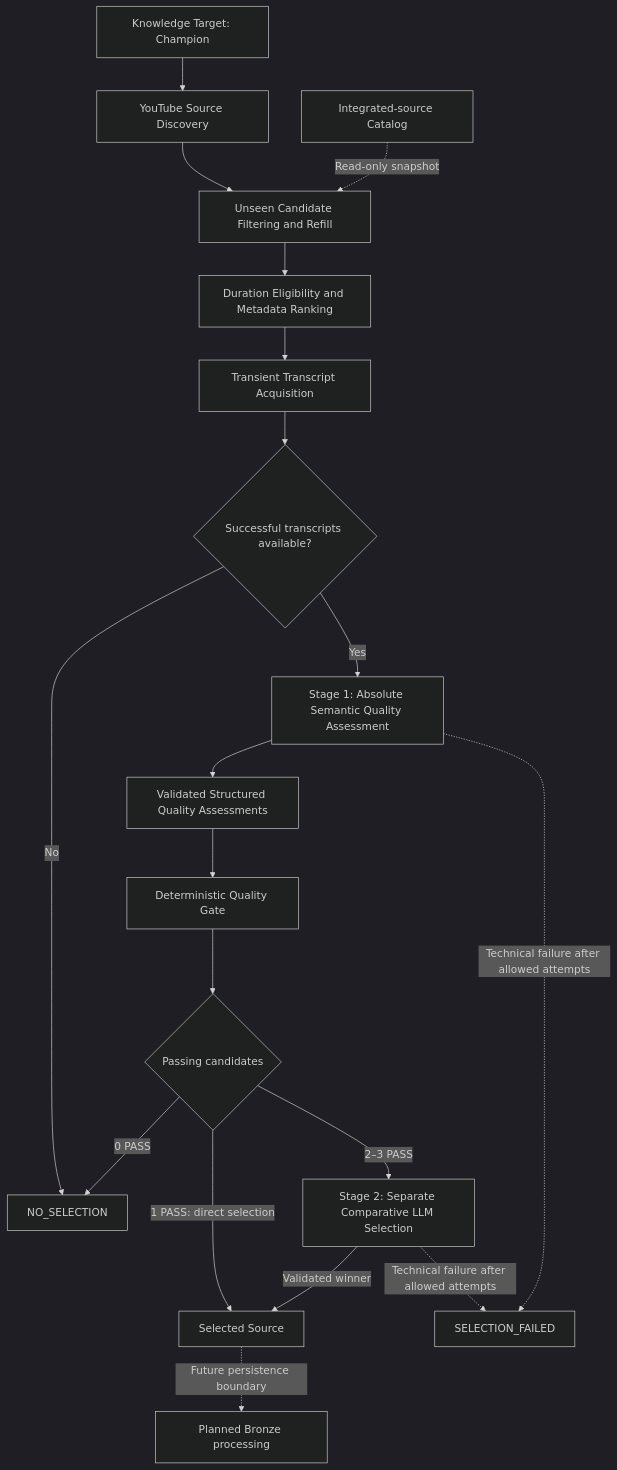
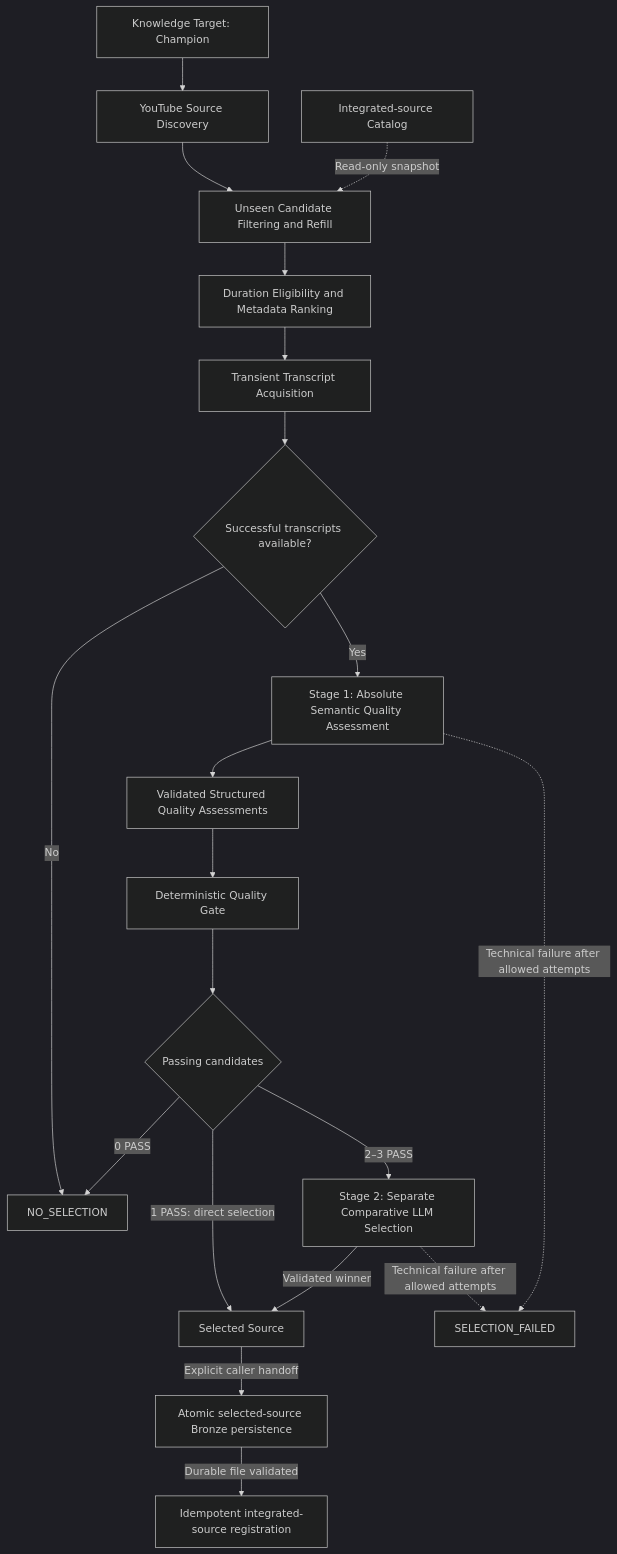
Before and after one commit to NeuralBlau/league-knowledge-platform: the first of 4 diagrams in docs/architecture.md, drawn with Mermaid (dark theme). The commit also changed other lines of this file and 10 other files, not shown here.

Commit message:
Persist selected transcripts and provenance to immutable Bronze

````diff
--- a/docs/architecture.md
+++ b/docs/architecture.md
@@ -21,21 +21,22 @@
 ```mermaid
 flowchart TD
     T["Knowledge Target: Champion"] --> D["YouTube Source Discovery"]
     D --> U["Unseen Candidate Filtering and Refill"]
     C["Integrated-source Catalog"] -. "Read-only snapshot" .-> U
     U --> R["Duration Eligibility and Metadata Ranking"]
     R --> A["Transient Transcript Acquisition"]
     A --> Z{"Successful transcripts available?"}
     Z -- "No" --> N["NO_SELECTION"]
     Z -- "Yes" --> Q["Stage 1: Absolute Semantic Quality Assessment"]
     Q --> S["Validated Structured Quality Assessments"]
     S --> G["Deterministic Quality Gate"]
     G --> P{"Passing candidates"}
     P -- "0 PASS" --> N
     P -- "1 PASS: direct selection" --> W["Selected Source"]
     P -- "2–3 PASS" --> L["Stage 2: Separate Comparative LLM Selection"]
     L -- "Validated winner" --> W
     Q -. "Technical failure after allowed attempts" .-> F["SELECTION_FAILED"]
     L -. "Technical failure after allowed attempts" .-> F
-    W -. "Future persistence boundary" .-> B["Planned Bronze processing"]
+    W -- "Explicit caller handoff" --> B["Atomic selected-source Bronze persistence"]
+    B -- "Durable file validated" --> IC["Idempotent integrated-source registration"]
 ```
````
